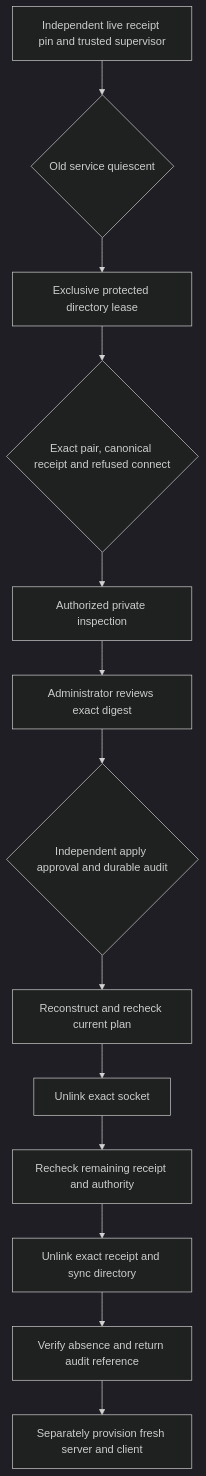
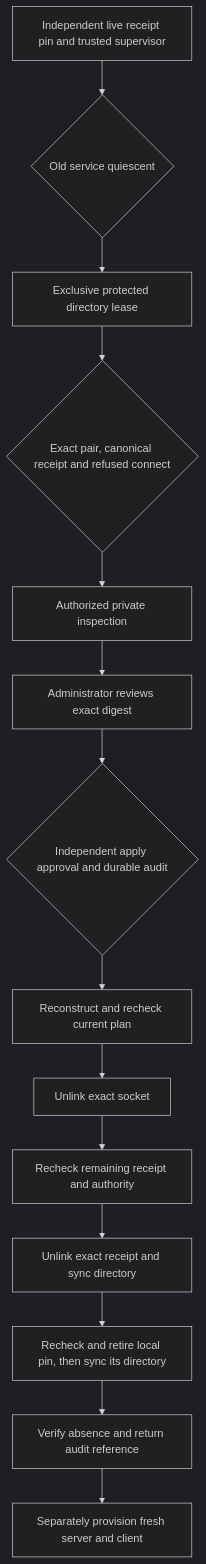
Before and after one commit to duggytuxy/syswarden: the diagram in docs/v5/ENDPOINT_RECOVERY.md, drawn with Mermaid (dark theme). The commit also changed other lines of this file and 13 other files, not shown here.

````diff
--- a/docs/v5/ENDPOINT_RECOVERY.md
+++ b/docs/v5/ENDPOINT_RECOVERY.md
@@ -79,15 +93,16 @@
 ```mermaid
 flowchart TD
     T[Independent live receipt pin and trusted supervisor] --> Q{Old service quiescent}
     Q --> L[Exclusive protected directory lease]
     L --> V{Exact pair, canonical receipt and refused connect}
     V --> I[Authorized private inspection]
     I --> R[Administrator reviews exact digest]
     R --> A{Independent apply approval and durable audit}
     A --> C[Reconstruct and recheck current plan]
     C --> S[Unlink exact socket]
     S --> E[Recheck remaining receipt and authority]
     E --> U[Unlink exact receipt and sync directory]
-    U --> B[Verify absence and return audit reference]
+    U --> P[Recheck and retire local pin, then sync its directory]
+    P --> B[Verify absence and return audit reference]
     B --> N[Separately provision fresh server and client]
 ```
````
